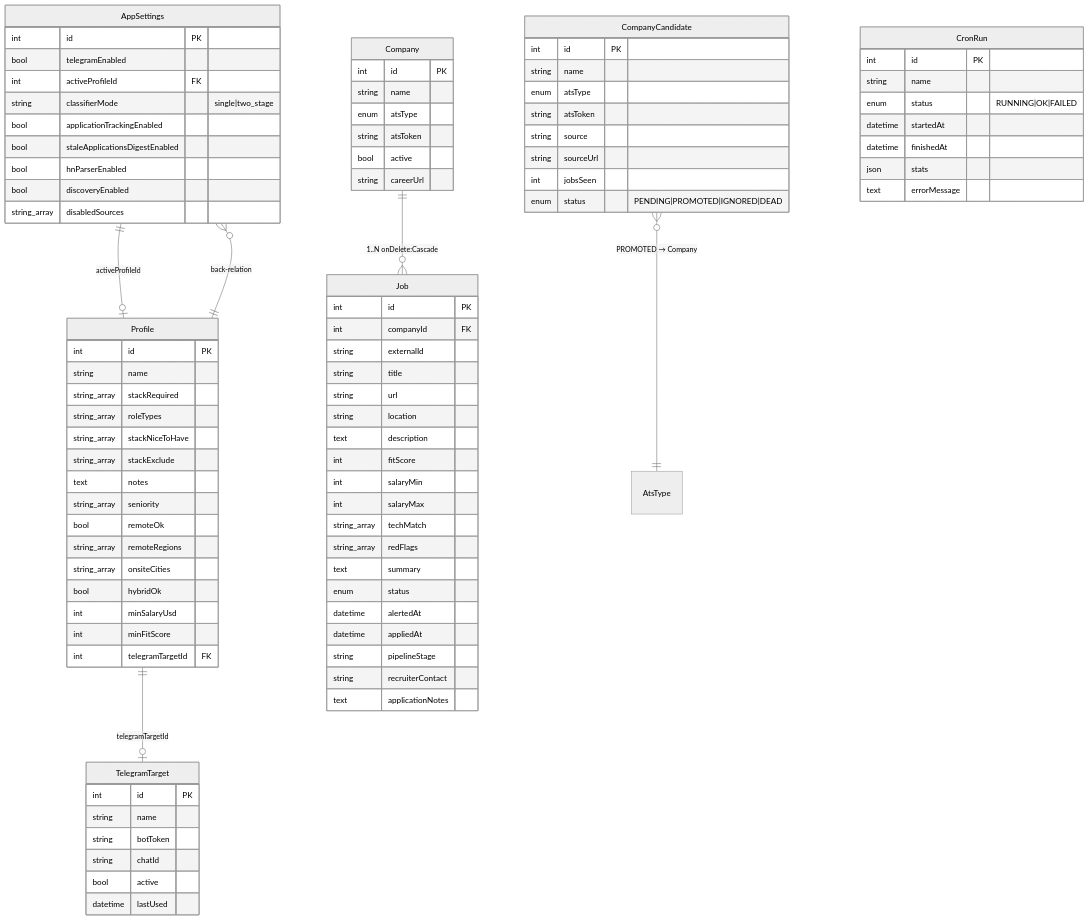
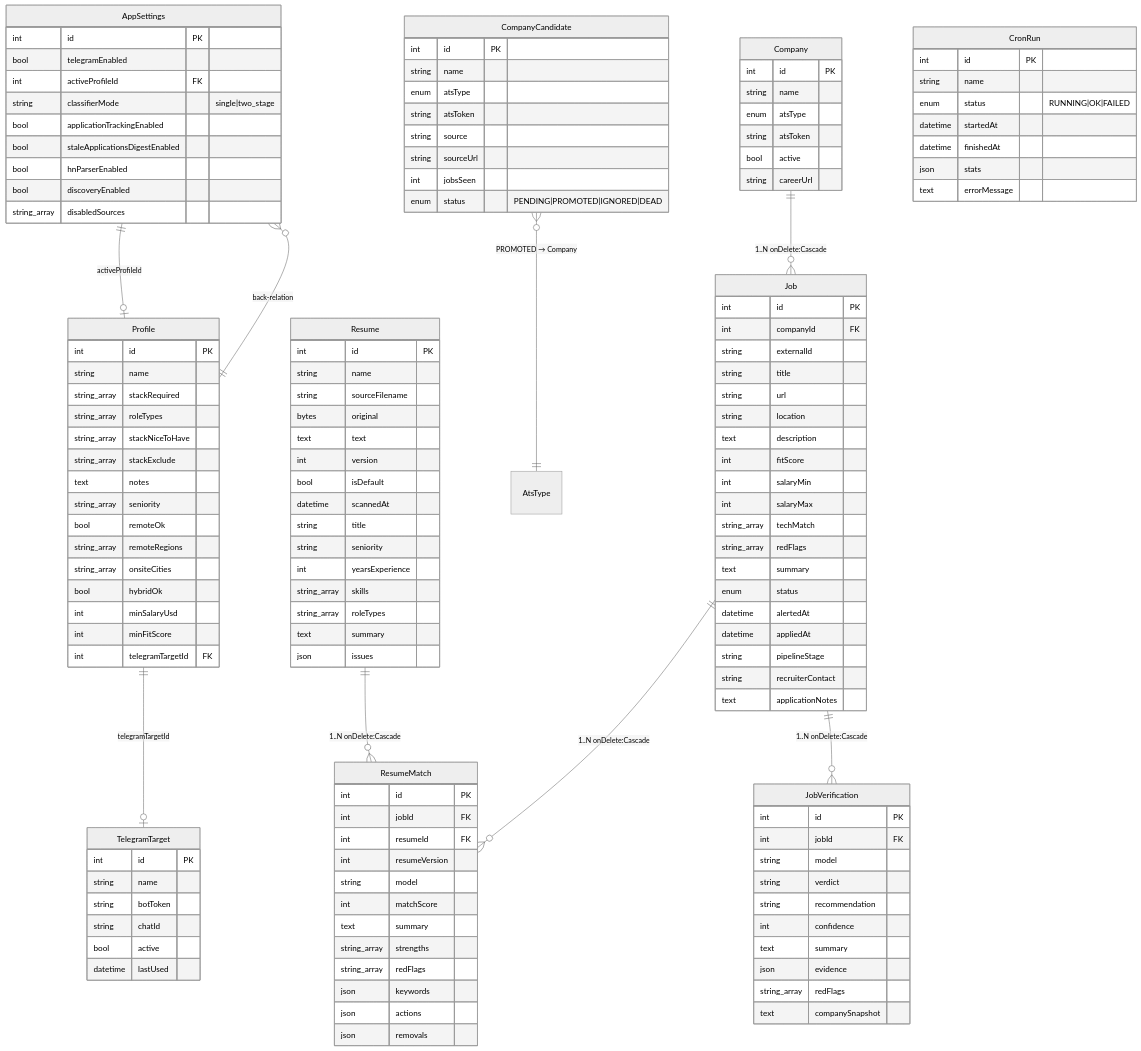
The fifth of 5 diagrams in ARCHITECTURE.md (applypack/applypack), drawn with Mermaid (neutral theme) before and after one commit. The commit also changed other lines of this file and 43 other files, not shown here.

First line of the commit message:
add resume match and job verification

```diff
--- a/ARCHITECTURE.md
+++ b/ARCHITECTURE.md
@@ -259,6 +287,9 @@
   Profile ||--o{ AppSettings : "back-relation"
   Company ||--o{ Job : "1..N onDelete:Cascade"
   CompanyCandidate }o--|| AtsType : "PROMOTED → Company"
+  Resume ||--o{ ResumeMatch : "1..N onDelete:Cascade"
+  Job ||--o{ ResumeMatch : "1..N onDelete:Cascade"
+  Job ||--o{ JobVerification : "1..N onDelete:Cascade"
 
   AppSettings {
     int id PK
@@ -341,6 +372,52 @@
     enum status "PENDING|PROMOTED|IGNORED|DEAD"
   }
 
+  Resume {
+    int id PK
+    string name
+    string sourceFilename
+    bytes original
+    text text
+    int version
+    bool isDefault
+    datetime scannedAt
+    string title
+    string seniority
+    int yearsExperience
+    string_array skills
+    string_array roleTypes
+    text summary
+    json issues
+  }
+
+  ResumeMatch {
+    int id PK
+    int jobId FK
+    int resumeId FK
+    int resumeVersion
+    string model
+    int matchScore
+    text summary
+    string_array strengths
+    string_array redFlags
+    json keywords
+    json actions
+    json removals
+  }
+
+  JobVerification {
+    int id PK
+    int jobId FK
+    string model
+    string verdict
+    string recommendation
+    int confidence
+    text summary
+    json evidence
+    string_array redFlags
+    text companySnapshot
+  }
+
   CronRun {
     int id PK
     string name
```
